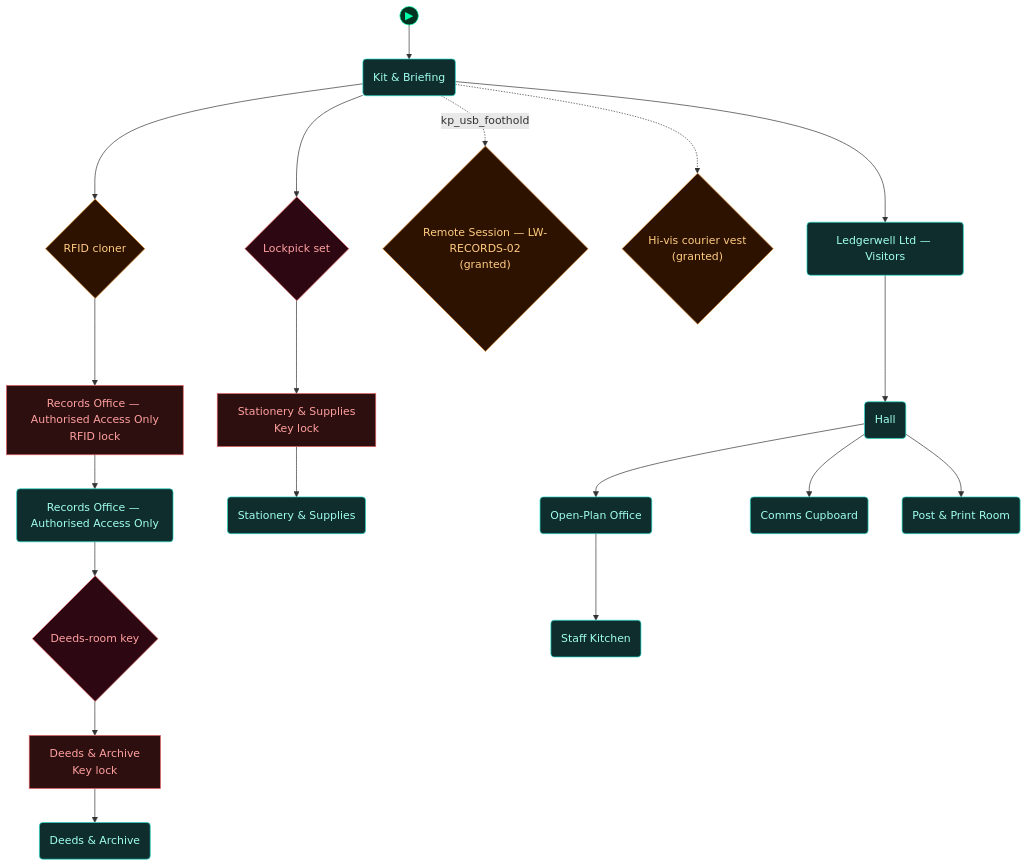
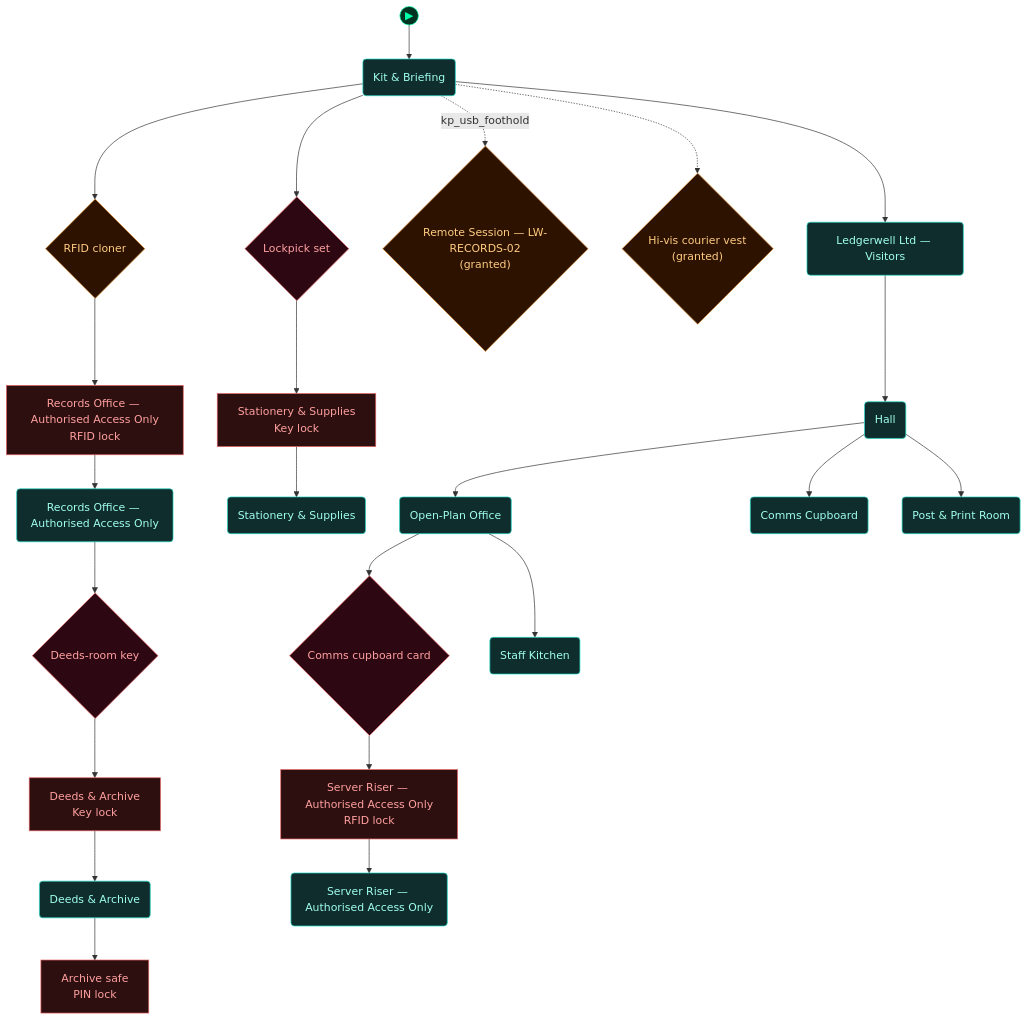
The first of 5 diagrams in scenarios/lab_physical_pentest/dungeon_graph.md (cliffe/BreakEscape), drawn with Mermaid before and after one commit. The commit also changed other lines of this file and 9 other files, not shown here.

````diff
--- a/scenarios/lab_physical_pentest/dungeon_graph.md
+++ b/scenarios/lab_physical_pentest/dungeon_graph.md
@@ -51,64 +51,72 @@
 ```mermaid
 flowchart TD
 
   classDef room      fill:#0f2d2d,stroke:#22ddcc,color:#a0ffee
   classDef lock      fill:#2d0f0f,stroke:#e66060,color:#ffa0a0
   classDef key       fill:#2d0812,stroke:#e66060,color:#ffa0a0
   classDef item      fill:#2d1200,stroke:#e89030,color:#ffcc80
   classDef gate      fill:#111,stroke:#666,color:#eee
   classDef vm        fill:#0c1f40,stroke:#4a90d9,color:#a0c8ff
   classDef flag      fill:#1a0c2d,stroke:#9060d0,color:#cc99ff
   classDef action    fill:#1a1200,stroke:#cc9922,color:#ffee88
   classDef aim       fill:#0d2a0d,stroke:#44cc44,color:#88ff88
   classDef aim_gate  fill:#111111,stroke:#44cc44,color:#44cc44
   classDef container fill:#1a2d1a,stroke:#60b060,color:#a0e0a0
   classDef npc       fill:#2d1f0d,stroke:#d0a050,color:#ffe0a0
   classDef critical  fill:#2a1500,stroke:#ffaa00,color:#ffdd88
   classDef start     fill:#003322,stroke:#00ffaa,color:#00ffaa
 
   node_start(("▶"))
   node_start --> briefing_room
 
   door_secure_area["Records Office — Authorised Access Only<br/>RFID lock"]
   secure_area("Records Office — Authorised Access Only")
   door_store_room["Stationery & Supplies<br/>Key lock"]
   store_room("Stationery & Supplies")
+  door_P5["Server Riser — Authorised Access Only<br/>RFID lock"]
+  P5("Server Riser — Authorised Access Only")
   door_P4["Deeds & Archive<br/>Key lock"]
   P4("Deeds & Archive")
   briefing_room("Kit & Briefing")
   rfid_cloner{"RFID cloner"}
   lockpick_set{"Lockpick set"}
+  open_plan("Open-Plan Office")
+  comms_cupboard_card{"Comms cupboard card"}
   deeds_room_key{"Deeds-room key"}
+  lock_p4_safe["Archive safe<br/>PIN lock"]
   grant_records_remote_session{"Remote Session — LW-RECORDS-02<br/>(granted)"}
   grant_kit_hivis_vest{"Hi-vis courier vest<br/>(granted)"}
   reception("Ledgerwell Ltd — Visitors")
   hall("Hall")
-  open_plan("Open-Plan Office")
   P3("Comms Cupboard")
   P1("Post & Print Room")
   P2("Staff Kitchen")
 
   door_secure_area --> secure_area
   door_store_room --> store_room
+  door_P5 --> P5
   door_P4 --> P4
   briefing_room --> rfid_cloner
   rfid_cloner --> door_secure_area
   briefing_room --> lockpick_set
   lockpick_set --> door_store_room
+  open_plan --> comms_cupboard_card
+  comms_cupboard_card --> door_P5
   secure_area --> deeds_room_key
   deeds_room_key --> door_P4
+  P4 --> lock_p4_safe
   briefing_room -.->|kp_usb_foothold| grant_records_remote_session
   briefing_room -.-> grant_kit_hivis_vest
   briefing_room --> reception
   reception --> hall
   hall --> open_plan
   hall --> P3
   hall --> P1
   open_plan --> P2
 
-  class door_secure_area,door_store_room,door_P4 lock
-  class secure_area,store_room,P4,briefing_room,reception,hall,open_plan,P3,P1,P2 room
+  class door_secure_area,door_store_room,door_P5,door_P4,lock_p4_safe lock
+  class secure_area,store_room,P5,P4,briefing_room,open_plan,reception,hall,P3,P1,P2 room
   class rfid_cloner,grant_records_remote_session,grant_kit_hivis_vest item
-  class lockpick_set,deeds_room_key key
+  class lockpick_set,comms_cupboard_card,deeds_room_key key
   class node_start start
 ```
````
